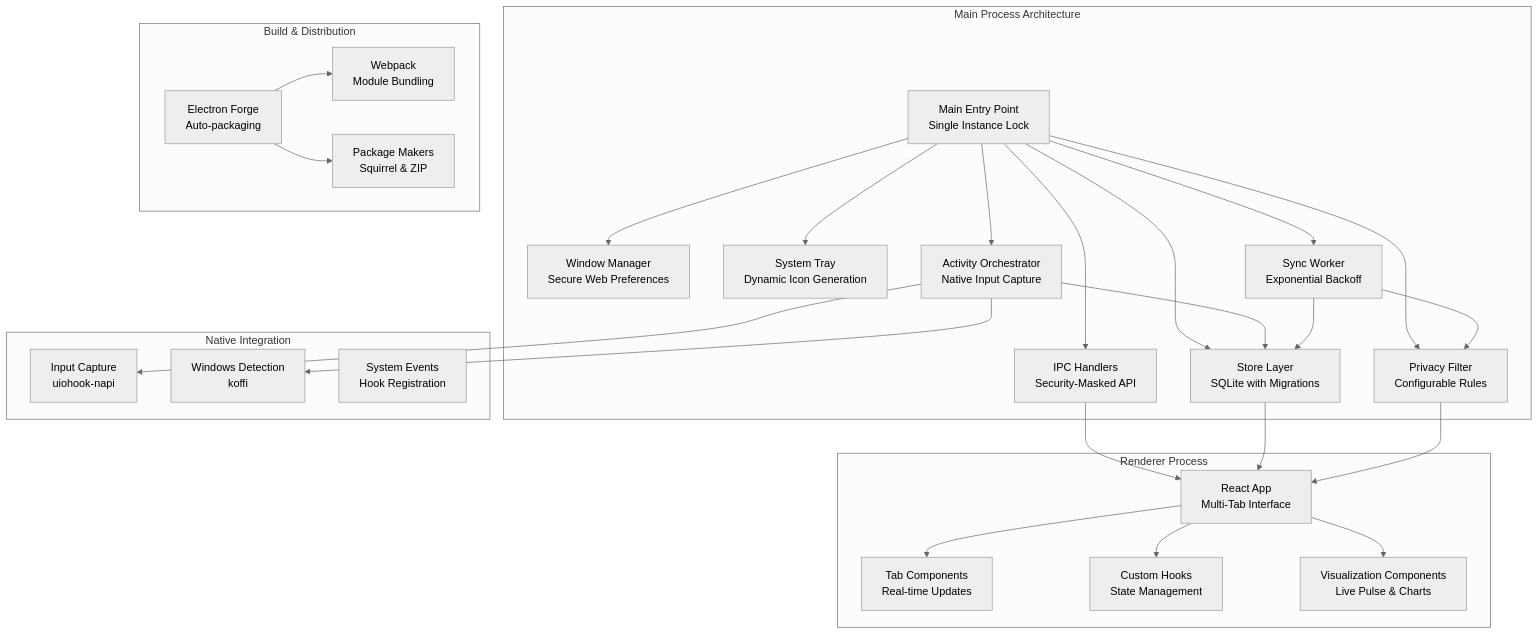
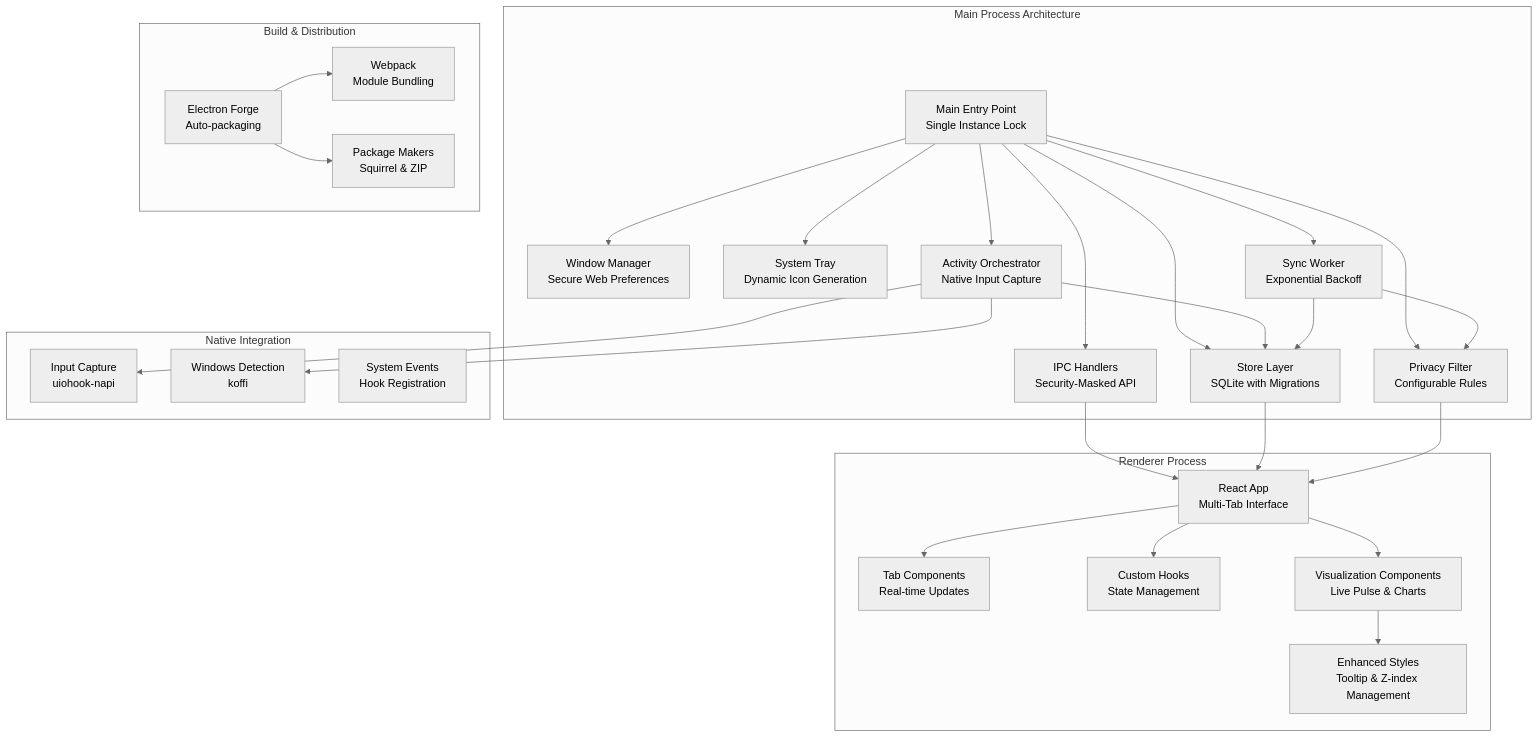
One commit to WizardJIOCb/rodion.pro changed the first of 11 diagrams in .qoder/repowiki/en/content/Core Features/Electron Desktop Application.md. Above: the diagram before and after it, drawn with Mermaid (neutral theme). The commit also changed other lines of this file and 32 other files, not shown here.

````diff
--- a/.qoder/repowiki/en/content/Core Features/Electron Desktop Application.md
+++ b/.qoder/repowiki/en/content/Core Features/Electron Desktop Application.md
@@ -71,49 +73,51 @@
 ```mermaid
 graph TB
 subgraph "Main Process Architecture"
 MP_Index["Main Entry Point<br/>Single Instance Lock"]
 MP_Window["Window Manager<br/>Secure Web Preferences"]
 MP_Tray["System Tray<br/>Dynamic Icon Generation"]
 MP_IPC["IPC Handlers<br/>Security-Masked API"]
 MP_Collector["Activity Orchestrator<br/>Native Input Capture"]
 MP_Sync["Sync Worker<br/>Exponential Backoff"]
 MP_Store["Store Layer<br/>SQLite with Migrations"]
 MP_Privacy["Privacy Filter<br/>Configurable Rules"]
 end
 subgraph "Renderer Process"
 R_App["React App<br/>Multi-Tab Interface"]
 R_UI["Tab Components<br/>Real-time Updates"]
 R_Hooks["Custom Hooks<br/>State Management"]
 R_Visualization["Visualization Components<br/>Live Pulse & Charts"]
+R_Styles["Enhanced Styles<br/>Tooltip & Z-index Management"]
 end
 subgraph "Native Integration"
 N_Input["Input Capture<br/>uiohook-napi"]
 N_Win32["Windows Detection<br/>koffi"]
 N_System["System Events<br/>Hook Registration"]
 end
 subgraph "Build & Distribution"
 B_Forge["Electron Forge<br/>Auto-packaging"]
 B_Webpack["Webpack<br/>Module Bundling"]
 B_Makers["Package Makers<br/>Squirrel & ZIP"]
 end
 MP_Index --> MP_Window
 MP_Index --> MP_Tray
 MP_Index --> MP_IPC
 MP_Index --> MP_Collector
 MP_Index --> MP_Sync
 MP_Index --> MP_Store
 MP_Index --> MP_Privacy
 MP_Collector --> N_Input
 MP_Collector --> N_Win32
 MP_Collector --> MP_Store
 MP_Sync --> MP_Store
 MP_Sync --> MP_Privacy
 MP_IPC --> R_App
 MP_Store --> R_App
 MP_Privacy --> R_App
 R_App --> R_UI
 R_App --> R_Hooks
 R_App --> R_Visualization
+R_Visualization --> R_Styles
 B_Forge --> B_Webpack
 B_Forge --> B_Makers
 ```
````
